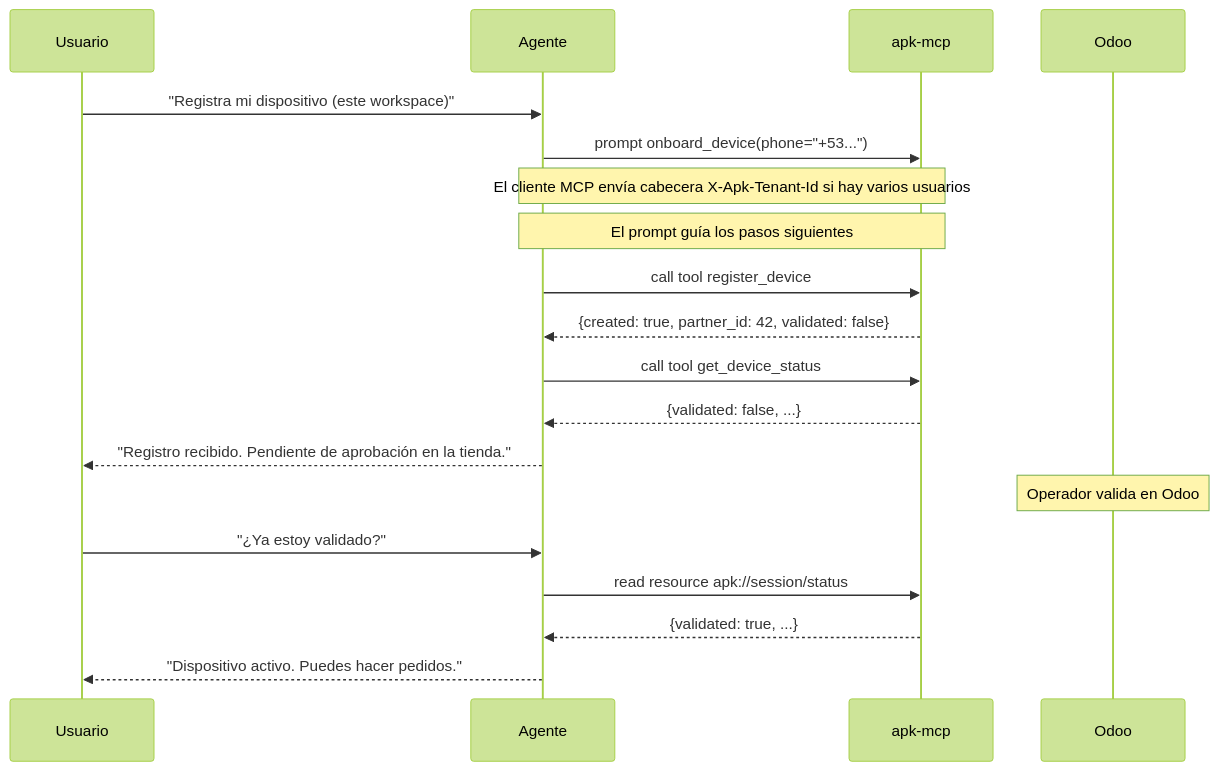
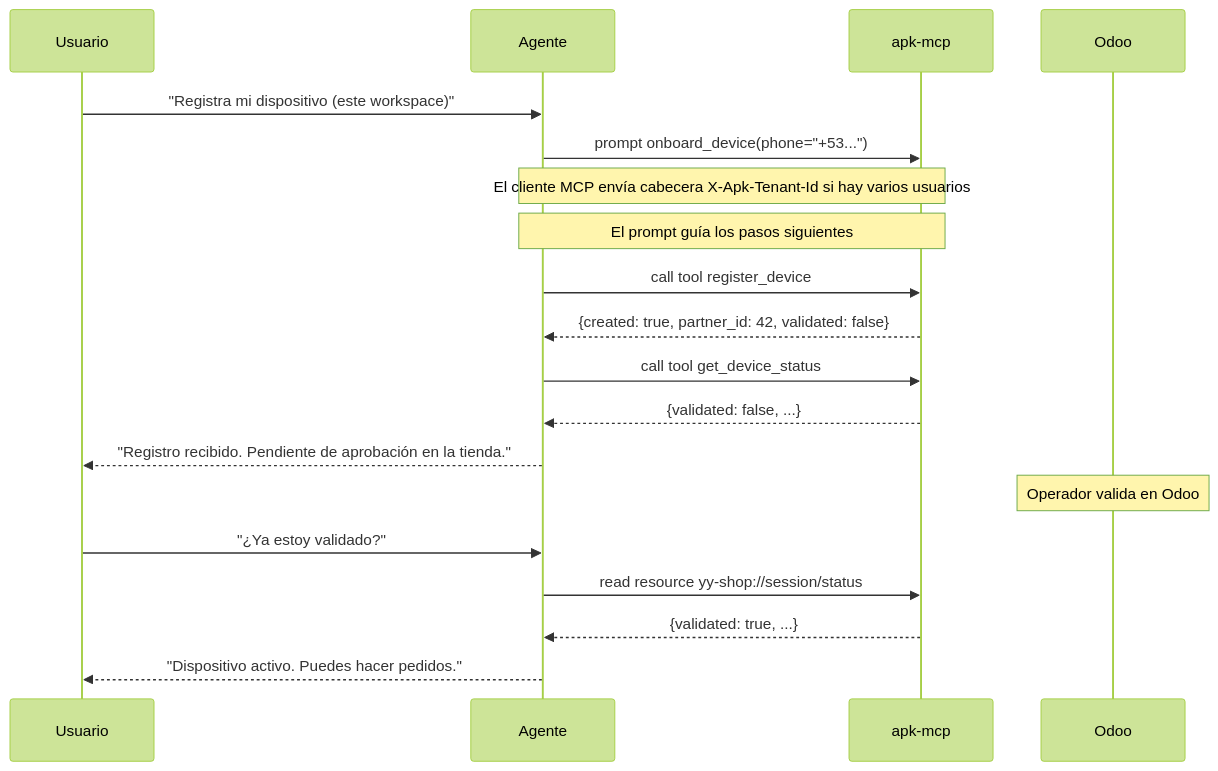
One commit to aprezcuba24/odoo-shop-mcp changed the third of 4 diagrams in docs/flujo-uso-agente.md. Above: the diagram before and after it, drawn with Mermaid (forest theme). The commit also changed other lines of this file and 17 other files, not shown here.

Commit message:
Update URI scheme from `apk://` to `yy-shop://` across documentation, resources, and prompts for consistency in API usage.

````diff
--- a/docs/flujo-uso-agente.md
+++ b/docs/flujo-uso-agente.md
@@ -146,22 +146,22 @@
 ```mermaid
 sequenceDiagram
     participant U as Usuario
     participant A as Agente
     participant M as apk-mcp
     participant O as Odoo
 
     U->>A: "Registra mi dispositivo (este workspace)"
     A->>M: prompt onboard_device(phone="+53...")
     Note over A,M: El cliente MCP envía cabecera X-Apk-Tenant-Id si hay varios usuarios
     Note over A,M: El prompt guía los pasos siguientes
     A->>M: call tool register_device
     M-->>A: {created: true, partner_id: 42, validated: false}
     A->>M: call tool get_device_status
     M-->>A: {validated: false, ...}
     A-->>U: "Registro recibido. Pendiente de aprobación en la tienda."
     Note over O: Operador valida en Odoo
     U->>A: "¿Ya estoy validado?"
-    A->>M: read resource apk://session/status
+    A->>M: read resource yy-shop://session/status
     M-->>A: {validated: true, ...}
     A-->>U: "Dispositivo activo. Puedes hacer pedidos."
 ```
````
